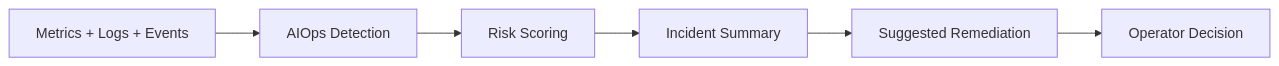
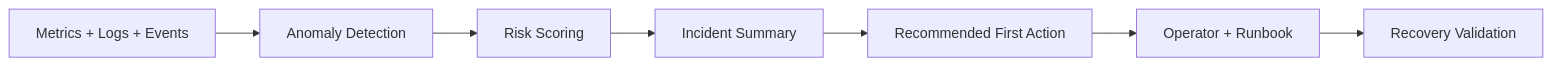
Before and after one commit to Here2ServeU/express-reliability-platform-course: the diagram in express-reliability-platform-v08/README.md, drawn with Mermaid. The commit also changed other lines of this file and 25 other files, not shown here.

````diff
--- a/express-reliability-platform-v08/README.md
+++ b/express-reliability-platform-v08/README.md
@@ -18,8 +59,9 @@
 ```mermaid
 flowchart LR
-    Metrics[Metrics + Logs + Events] --> Detect[AIOps Detection]
+    Signals[Metrics + Logs + Events] --> Detect[Anomaly Detection]
     Detect --> Score[Risk Scoring]
     Score --> Summary[Incident Summary]
-    Summary --> Action[Suggested Remediation]
-    Action --> Ops[Operator Decision]
+    Summary --> Action[Recommended First Action]
+    Action --> Ops[Operator + Runbook]
+    Ops --> Validate[Recovery Validation]
 ```
````
